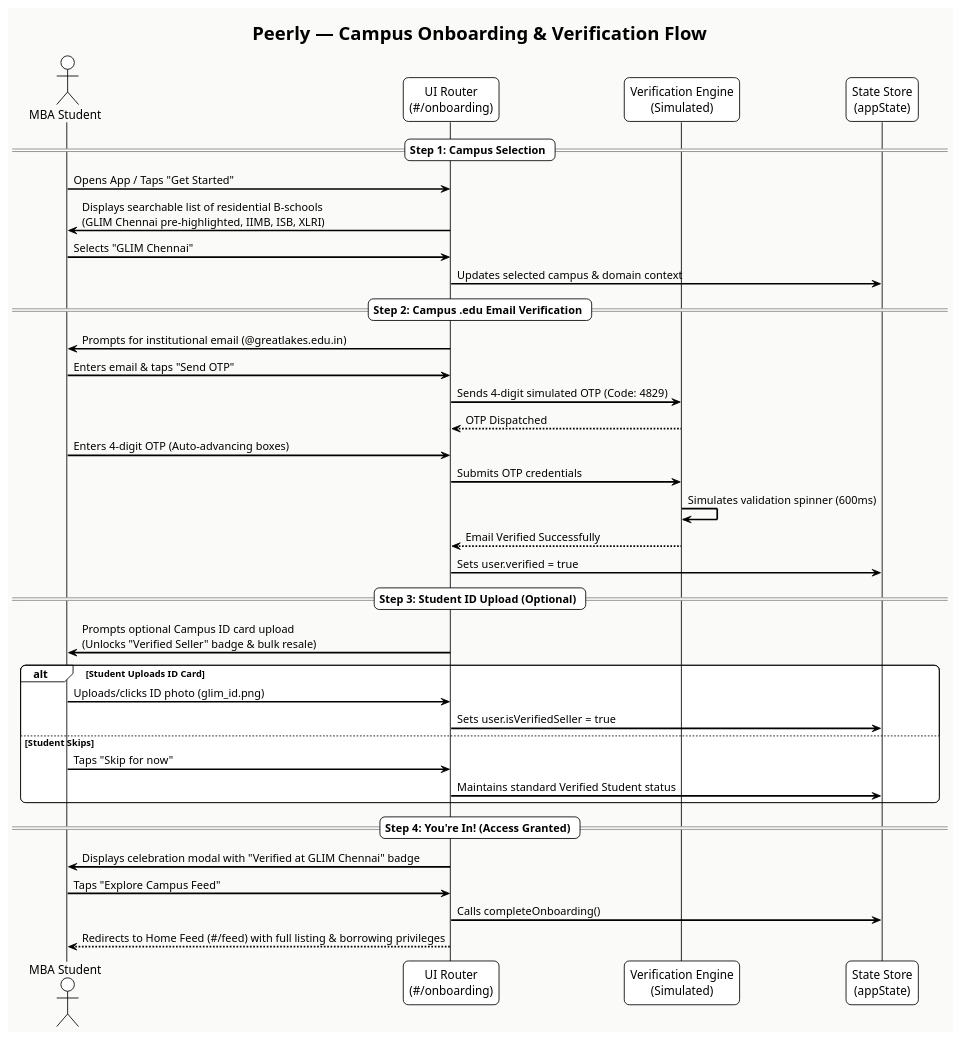
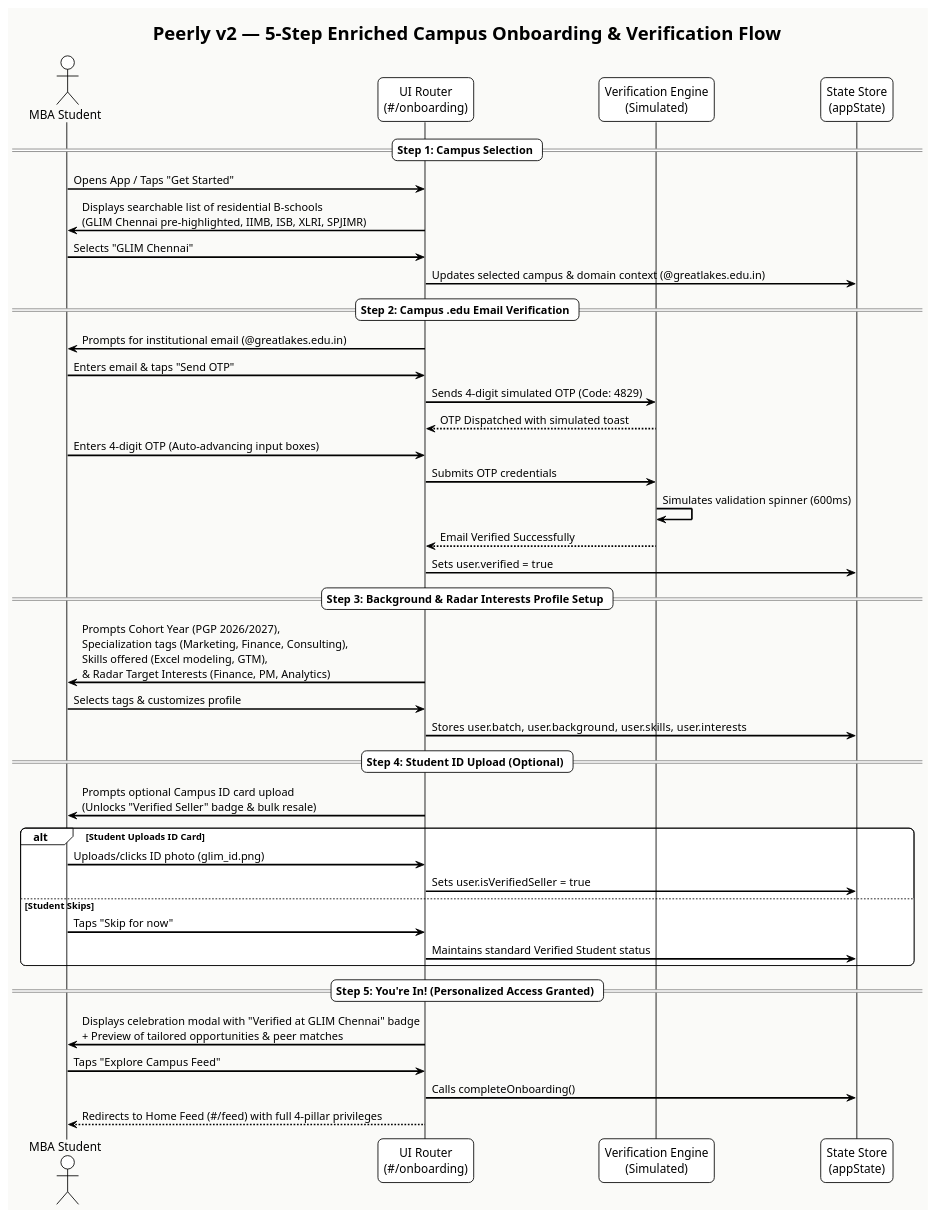
Before and after one commit to pavitrapoojary/peerly: the diagram in diagrams/onboarding-flow.puml, drawn with PlantUML. The commit also changed 21 other files, not shown here.

```diff
--- a/diagrams/onboarding-flow.puml
+++ b/diagrams/onboarding-flow.puml
@@ -1,50 +1,55 @@
 @startuml OnboardingFlow
 !theme plain
 skinparam backgroundColor #FAFAF8
 skinparam roundcorner 12
 skinparam sequenceArrowThickness 2
 skinparam ParticipantPadding 15
 skinparam BoxPadding 10
 skinparam defaultFontName "Plus Jakarta Sans"
 
-title Peerly — Campus Onboarding & Verification Flow
+title Peerly v2 — 5-Step Enriched Campus Onboarding & Verification Flow
 
 actor "MBA Student" as Student
 participant "UI Router\n(#/onboarding)" as UI
 participant "Verification Engine\n(Simulated)" as Verify
 participant "State Store\n(appState)" as State
 
 == Step 1: Campus Selection ==
 Student -> UI : Opens App / Taps "Get Started"
-UI -> Student : Displays searchable list of residential B-schools\n(GLIM Chennai pre-highlighted, IIMB, ISB, XLRI)
+UI -> Student : Displays searchable list of residential B-schools\n(GLIM Chennai pre-highlighted, IIMB, ISB, XLRI, SPJIMR)
 Student -> UI : Selects "GLIM Chennai"
-UI -> State : Updates selected campus & domain context
+UI -> State : Updates selected campus & domain context (@greatlakes.edu.in)
 
 == Step 2: Campus .edu Email Verification ==
 UI -> Student : Prompts for institutional email (@greatlakes.edu.in)
 Student -> UI : Enters email & taps "Send OTP"
 UI -> Verify : Sends 4-digit simulated OTP (Code: 4829)
-Verify --> UI : OTP Dispatched
-Student -> UI : Enters 4-digit OTP (Auto-advancing boxes)
+Verify --> UI : OTP Dispatched with simulated toast
+Student -> UI : Enters 4-digit OTP (Auto-advancing input boxes)
 UI -> Verify : Submits OTP credentials
 Verify -> Verify : Simulates validation spinner (600ms)
 Verify --> UI : Email Verified Successfully
 UI -> State : Sets user.verified = true
 
-== Step 3: Student ID Upload (Optional) ==
+== Step 3: Background & Radar Interests Profile Setup ==
+UI -> Student : Prompts Cohort Year (PGP 2026/2027),\nSpecialization tags (Marketing, Finance, Consulting),\nSkills offered (Excel modeling, GTM),\n& Radar Target Interests (Finance, PM, Analytics)
+Student -> UI : Selects tags & customizes profile
+UI -> State : Stores user.batch, user.background, user.skills, user.interests
+
+== Step 4: Student ID Upload (Optional) ==
 UI -> Student : Prompts optional Campus ID card upload\n(Unlocks "Verified Seller" badge & bulk resale)
 alt Student Uploads ID Card
     Student -> UI : Uploads/clicks ID photo (glim_id.png)
     UI -> State : Sets user.isVerifiedSeller = true
 else Student Skips
     Student -> UI : Taps "Skip for now"
     UI -> State : Maintains standard Verified Student status
 end
 
-== Step 4: You're In! (Access Granted) ==
-UI -> Student : Displays celebration modal with "Verified at GLIM Chennai" badge
+== Step 5: You're In! (Personalized Access Granted) ==
+UI -> Student : Displays celebration modal with "Verified at GLIM Chennai" badge\n+ Preview of tailored opportunities & peer matches
 Student -> UI : Taps "Explore Campus Feed"
 UI -> State : Calls completeOnboarding()
-UI --> Student : Redirects to Home Feed (#/feed) with full listing & borrowing privileges
+UI --> Student : Redirects to Home Feed (#/feed) with full 4-pillar privileges
 
 @enduml
```
